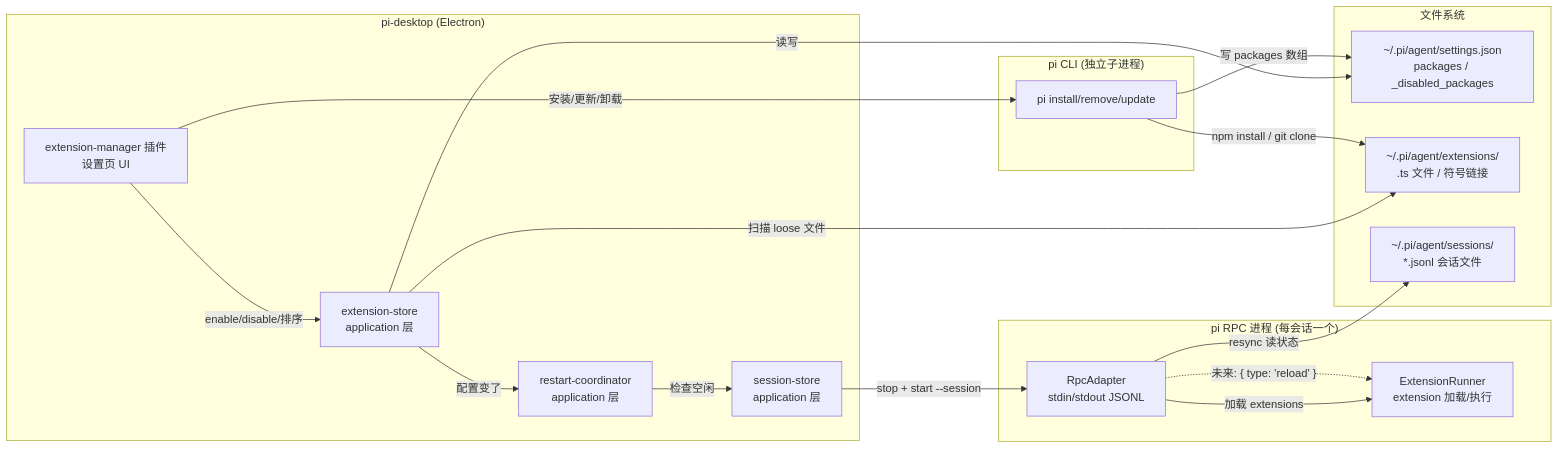
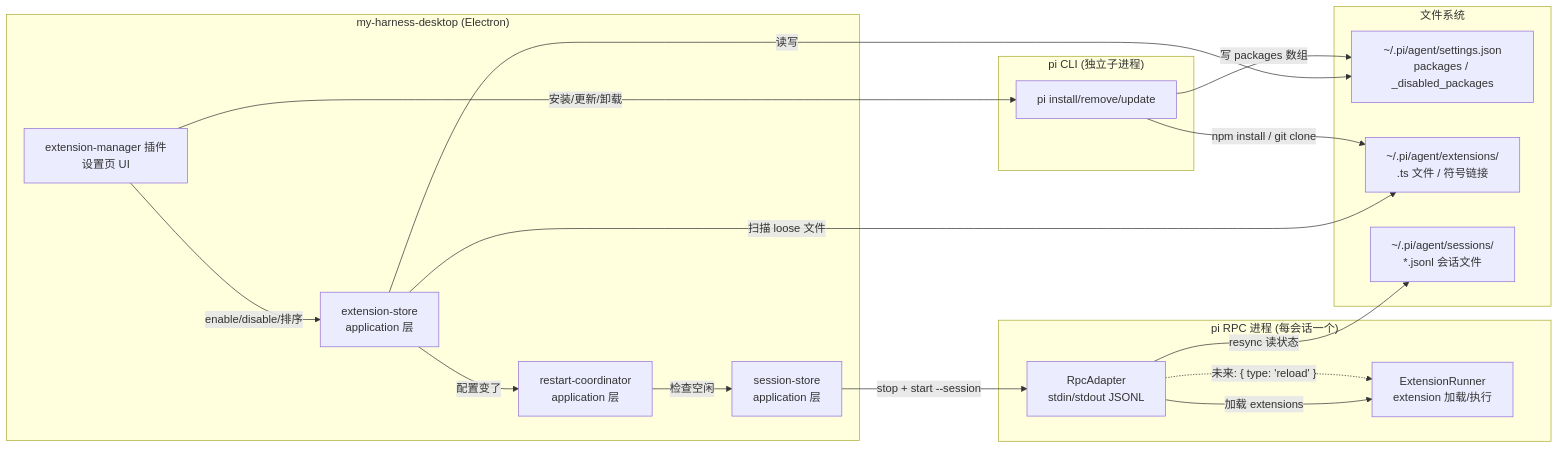
The diagram in docs/core/extension-management.md (GOODDAYDAY/my-harness-desktop), drawn with Mermaid before and after one commit. The commit also changed other lines of this file and 529 other files, not shown here.

First line of the commit message:
chore: 改名 pi-desktop → my-harness-desktop

````diff
--- a/docs/core/extension-management.md
+++ b/docs/core/extension-management.md
@@ -99,37 +99,37 @@
 ```mermaid
 flowchart LR
-    subgraph Desktop["pi-desktop (Electron)"]
+    subgraph Desktop["my-harness-desktop (Electron)"]
         UI["extension-manager 插件<br/>设置页 UI"]
         ES["extension-store<br/>application 层"]
         RC["restart-coordinator<br/>application 层"]
         SS["session-store<br/>application 层"]
     end
 
     subgraph CLI["pi CLI (独立子进程)"]
         PI_INSTALL["pi install/remove/update"]
     end
 
     subgraph Session["pi RPC 进程 (每会话一个)"]
         RPC["RpcAdapter<br/>stdin/stdout JSONL"]
         EXT["ExtensionRunner<br/>extension 加载/执行"]
     end
 
     subgraph Files["文件系统"]
         SETTINGS["~/.pi/agent/settings.json<br/>packages / _disabled_packages"]
         EXTDIR["~/.pi/agent/extensions/<br/>.ts 文件 / 符号链接"]
         SESSION["~/.pi/agent/sessions/<br/>*.jsonl 会话文件"]
     end
 
     UI -->|"enable/disable/排序"| ES
     ES -->|"读写"| SETTINGS
     ES -->|"扫描 loose 文件"| EXTDIR
     UI -->|"安装/更新/卸载"| PI_INSTALL
     PI_INSTALL -->|"npm install / git clone"| EXTDIR
     PI_INSTALL -->|"写 packages 数组"| SETTINGS
     ES -->|"配置变了"| RC
     RC -->|"检查空闲"| SS
     SS -->|"stop + start --session"| RPC
     RPC -->|"加载 extensions"| EXT
     RPC -.->|"未来: { type: 'reload' }"| EXT
     RPC -->|"resync 读状态"| SESSION
 ```
````
